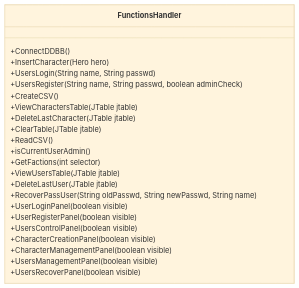
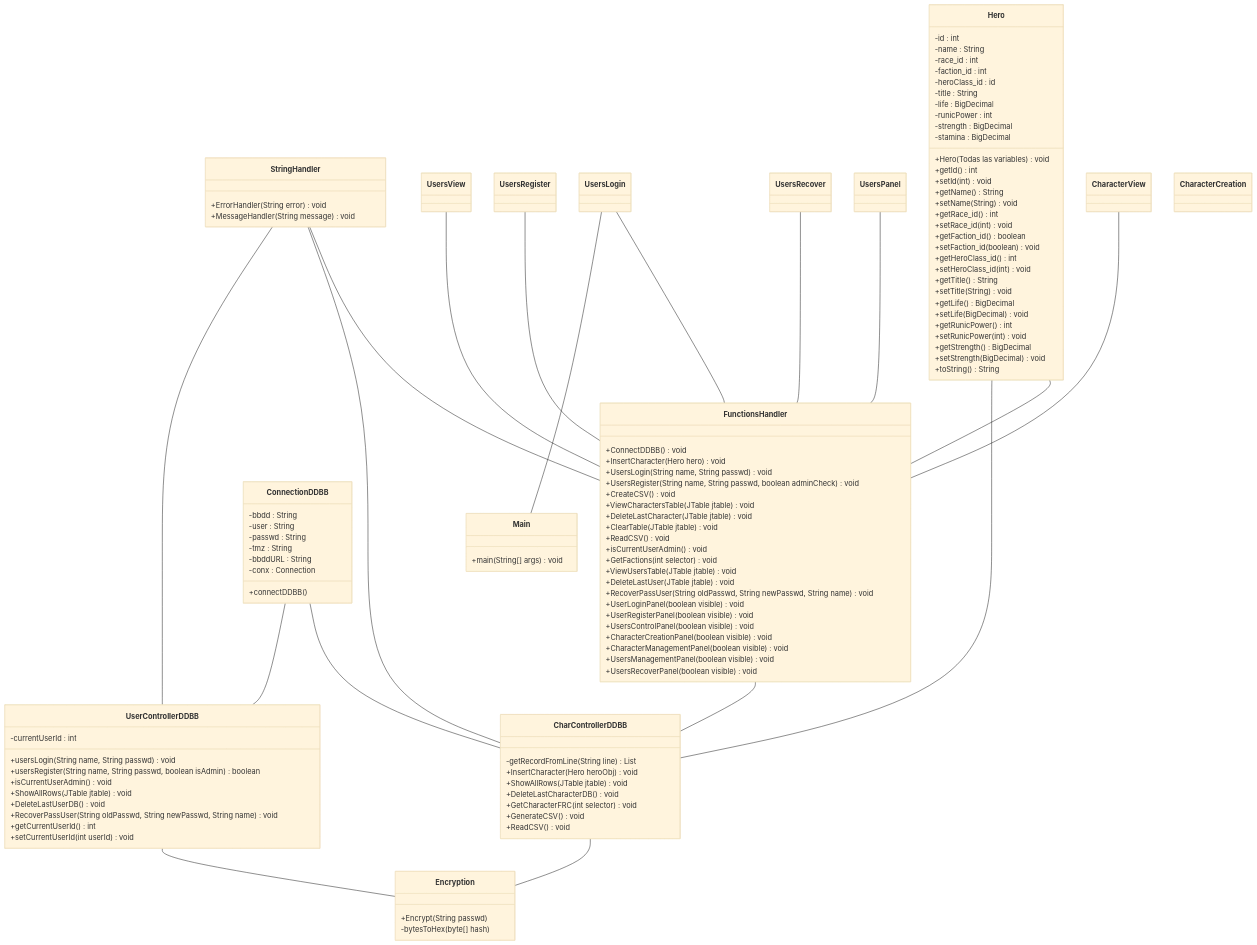
One commit to lotusotho/TrabajoMVC changed the diagram in README.md. Above: the diagram before and after it, drawn with Mermaid (base theme). The commit also changed other lines of this file, not shown here.

Commit message:
Add mermaid class diagram

````diff
--- a/README.md
+++ b/README.md
@@ -22,26 +11,152 @@
 ```mermaid
 classDiagram
+  FunctionsHandler -- CharControllerDDBB
+  ConnectionDDBB -- CharControllerDDBB
+  ConnectionDDBB -- UserControllerDDBB
+  CharControllerDDBB -- Encryption
+  UserControllerDDBB -- Encryption
+  Hero -- FunctionsHandler
+  Hero -- CharControllerDDBB
+
+  StringHandler -- FunctionsHandler
+  StringHandler -- CharControllerDDBB
+  StringHandler -- UserControllerDDBB
+  CharacterView -- FunctionsHandler
+  UsersLogin -- FunctionsHandler
+  UsersLogin -- Main
+  UsersPanel -- FunctionsHandler
+  UsersRecover -- FunctionsHandler
+  UsersRegister -- FunctionsHandler
+  UsersView -- FunctionsHandler
+
+  class Main {
+    +main(String[] args) void
+  }
+
   class FunctionsHandler {
-    +ConnectDDBB()
-    +InsertCharacter(Hero hero)
-    +UsersLogin(String name, String passwd)
-    +UsersRegister(String name, String passwd, boolean adminCheck)
-    +CreateCSV()
-    +ViewCharactersTable(JTable jtable)
-    +DeleteLastCharacter(JTable jtable)
-    +ClearTable(JTable jtable)
-    +ReadCSV()
-    +isCurrentUserAdmin()
-    +GetFactions(int selector)
-    +ViewUsersTable(JTable jtable)
-    +DeleteLastUser(JTable jtable)
-    +RecoverPassUser(String oldPasswd, String newPasswd, String name)
-    +UserLoginPanel(boolean visible)
-    +UserRegisterPanel(boolean visible)
-    +UsersControlPanel(boolean visible)
-    +CharacterCreationPanel(boolean visible)
-    +CharacterManagementPanel(boolean visible)
-    +UsersManagementPanel(boolean visible)
-    +UsersRecoverPanel(boolean visible)
+    +ConnectDDBB() void
+    +InsertCharacter(Hero hero) void
+    +UsersLogin(String name, String passwd) void
+    +UsersRegister(String name, String passwd, boolean adminCheck) void
+    +CreateCSV() void
+    +ViewCharactersTable(JTable jtable) void
+    +DeleteLastCharacter(JTable jtable) void
+    +ClearTable(JTable jtable) void
+    +ReadCSV() void
+    +isCurrentUserAdmin() void
+    +GetFactions(int selector) void
+    +ViewUsersTable(JTable jtable) void
+    +DeleteLastUser(JTable jtable) void
+    +RecoverPassUser(String oldPasswd, String newPasswd, String name) void
+    +UserLoginPanel(boolean visible) void
+    +UserRegisterPanel(boolean visible) void
+    +UsersControlPanel(boolean visible) void
+    +CharacterCreationPanel(boolean visible) void
+    +CharacterManagementPanel(boolean visible) void
+    +UsersManagementPanel(boolean visible) void
+    +UsersRecoverPanel(boolean visible) void
+  }
+
+  class CharControllerDDBB {
+    -getRecordFromLine(String line) List<String>
+    +InsertCharacter(Hero heroObj) void
+    +ShowAllRows(JTable jtable) void
+    +DeleteLastCharacterDB() void
+    +GetCharacterFRC(int selector) void
+    +GenerateCSV() void
+    +ReadCSV() void
+  }
+
+  class UserControllerDDBB {
+    -currentUserId : int
+    +usersLogin(String name, String passwd) void
+    +usersRegister(String name, String passwd, boolean isAdmin) boolean
+    +isCurrentUserAdmin() void
+    +ShowAllRows(JTable jtable) void
+    +DeleteLastUserDB() void
+    +RecoverPassUser(String oldPasswd, String newPasswd, String name) void
+    +getCurrentUserId() int
+    +setCurrentUserId(int userId) void
+  }
+
+  class ConnectionDDBB {
+    -bbdd : String
+    -user : String
+    -passwd : String
+    -tmz : String
+    -bbddURL : String
+    -conx : Connection
+    +connectDDBB()
+  }
+
+  class Encryption {
+    +Encrypt(String passwd)
+    -bytesToHex(byte[] hash)
+  }
+
+  class Hero {
+    -id : int
+    -name : String
+    -race_id : int
+    -faction_id : int
+    -heroClass_id : id
+    -title : String
+    -life : BigDecimal
+    -runicPower : int
+    -strength : BigDecimal
+    -stamina : BigDecimal
+    +Hero(Todas las variables) void
+    +getId() int
+    +setId(int) void
+    +getName() String
+    +setName(String) void
+    +getRace_id() int
+    +setRace_id(int) void
+    +getFaction_id() boolean
+    +setFaction_id(boolean) void
+    +getHeroClass_id() int
+    +setHeroClass_id(int) void
+    +getTitle() String
+    +setTitle(String) void
+    +getLife() BigDecimal
+    +setLife(BigDecimal) void
+    +getRunicPower() int
+    +setRunicPower(int) void
+    +getStrength() BigDecimal
+    +setStrength(BigDecimal) void
+    +toString() String
+  }
+
+  class CharacterCreation {
+
+  }
+
+  class CharacterView {
+
+  }
+
+  class UsersLogin {
+
+  }
+
+  class UsersPanel {
+
+  }
+
+  class UsersRecover {
+
+  }
+
+  class UsersRegister {
+
+  }
+
+  class UsersView {
+
+  }
+
+  class StringHandler {
+    +ErrorHandler(String error) void
+    +MessageHandler(String message) void
   }
 ```
````
